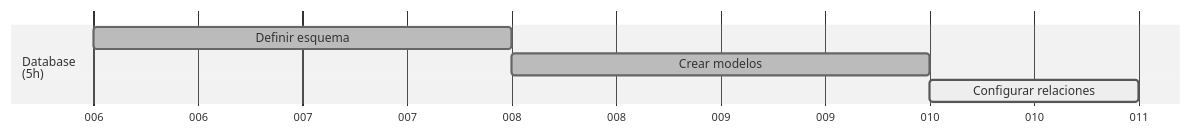
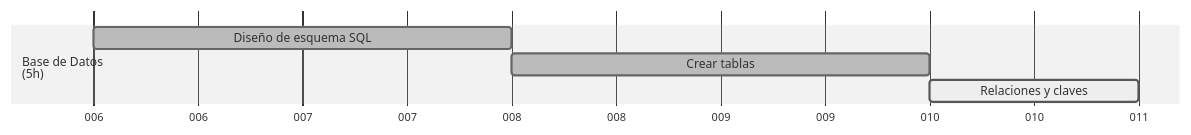
The second of 9 diagrams in .md/roadmap.md (Covija97/badentracker), drawn with Mermaid (neutral theme) before and after one commit. The commit also changed other lines of this file, not shown here.

Commit message:
Refactor roadmap.md to update project planning, database design, and CRUD sections

````diff
--- a/.md/roadmap.md
+++ b/.md/roadmap.md
@@ -28,10 +28,10 @@
 ```mermaid
 gantt
     dateFormat  DDD
     axisFormat %j
 
-    section Database<br>(5h)
-    Definir esquema             :done, 01-06, 2d
-    Crear modelos               :done, 01-08, 2d
-    Configurar relaciones       :active, 01-10, 1d
+    section Base de Datos<br>(5h)
+    Diseño de esquema SQL       :done, 01-06, 2d
+    Crear tablas                :done, 01-08, 2d
+    Relaciones y claves         :active, 01-10, 1d
 ```
````
